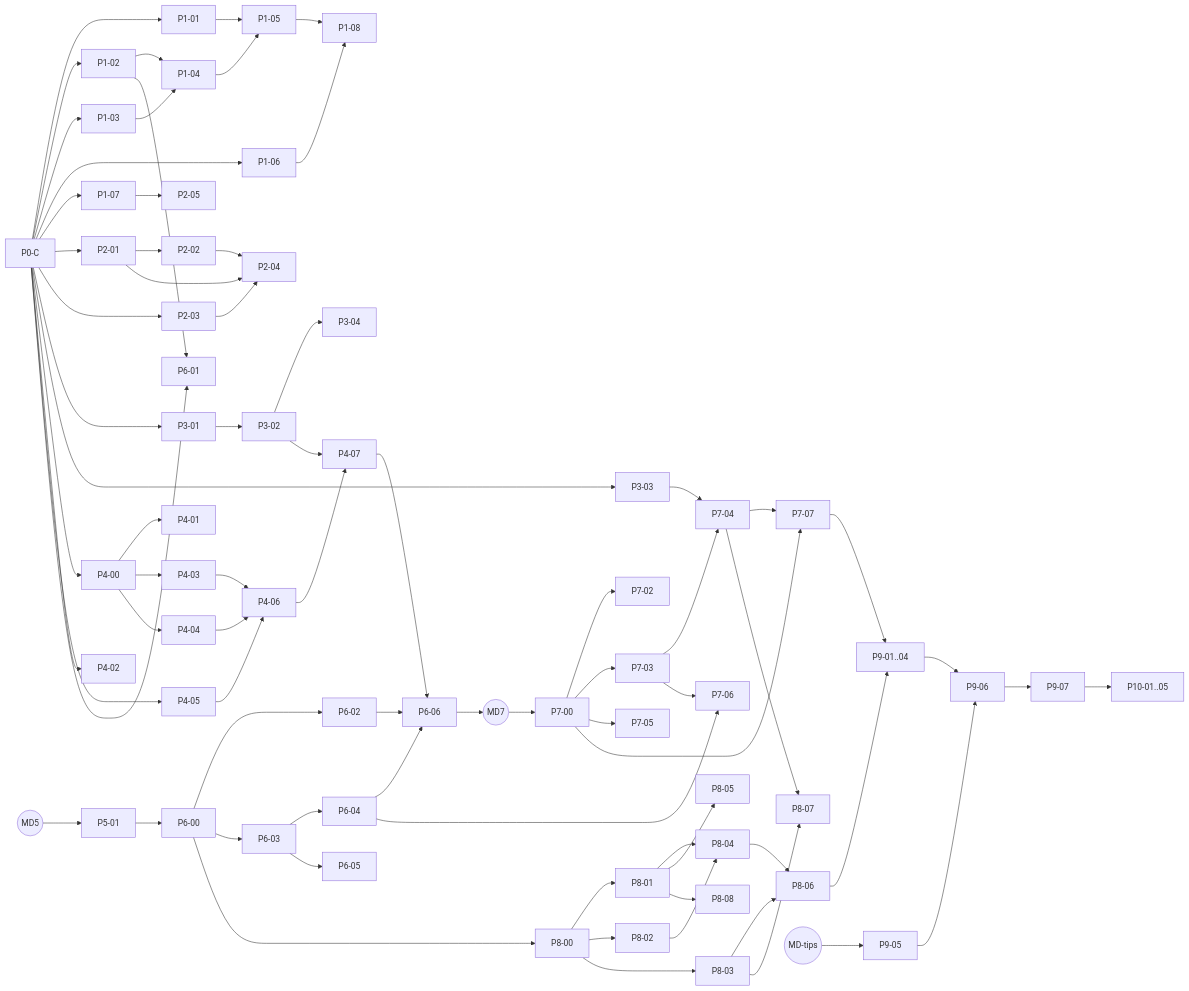
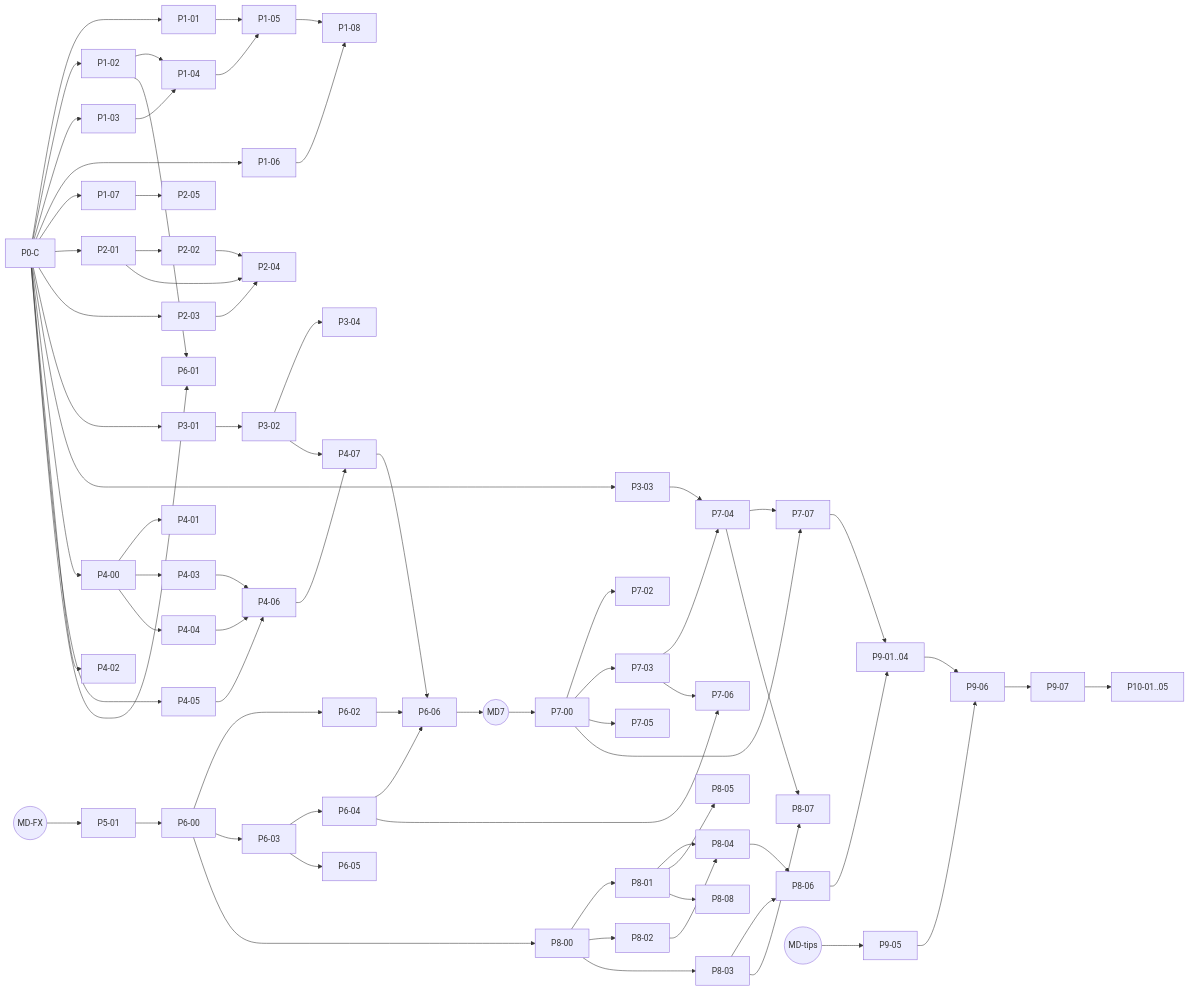
One commit to joacominatel/mito changed the diagram in docs/roadmap.md. Above: the diagram before and after it, drawn with Mermaid. The commit also changed other lines of this file, not shown here.

````diff
--- a/docs/roadmap.md
+++ b/docs/roadmap.md
@@ -49,56 +50,56 @@
 ```mermaid
 graph LR
   P0C[P0-C] --> P101[P1-01] & P102[P1-02] & P103[P1-03] & P106[P1-06] & P107[P1-07]
   P0C --> P201[P2-01] & P203[P2-03] & P301[P3-01] & P303[P3-03]
   P0C --> P400[P4-00] & P402[P4-02] & P405[P4-05] & P601[P6-01]
   P102 --> P104[P1-04]
   P102 --> P601
   P103 --> P104
   P101 --> P105[P1-05]
   P104 --> P105
   P105 --> P108[P1-08]
   P106 --> P108
   P107 --> P205[P2-05]
   P201 --> P202[P2-02]
   P201 --> P204[P2-04]
   P202 --> P204
   P203 --> P204
   P301 --> P302[P3-02]
   P302 --> P304[P3-04]
   P400 --> P401[P4-01] & P403[P4-03] & P404[P4-04]
   P403 --> P406[P4-06]
   P404 --> P406
   P405 --> P406
   P406 --> P407[P4-07]
   P302 --> P407
-  MD5((MD5)) --> P501[P5-01]
+  MDFX((MD-FX)) --> P501[P5-01]
   P501 --> P600[P6-00]
   P600 --> P602[P6-02] & P603[P6-03] & P800[P8-00]
   P603 --> P604[P6-04] & P605[P6-05]
   P602 --> P606[P6-06]
   P604 --> P606
   P407 --> P606
   P606 --> MD7((MD7))
   MD7 --> P700[P7-00]
   P700 --> P702[P7-02] & P703[P7-03] & P705[P7-05]
   P703 --> P704[P7-04]
   P303 --> P704
   P703 --> P706[P7-06]
   P604 --> P706
   P700 --> P707[P7-07]
   P704 --> P707
   P800 --> P801[P8-01] & P802[P8-02] & P803[P8-03]
   P801 --> P804[P8-04] & P805[P8-05] & P808[P8-08]
   P802 --> P804
   P804 --> P806[P8-06]
   P803 --> P806
   P704 --> P807[P8-07]
   P803 --> P807
   P707 --> P9X[P9-01..04]
   P806 --> P9X
   MDT((MD-tips)) --> P905[P9-05]
   P9X --> P906[P9-06]
   P905 --> P906
   P906 --> P907[P9-07]
   P907 --> P10[P10-01..05]
 ```
````
